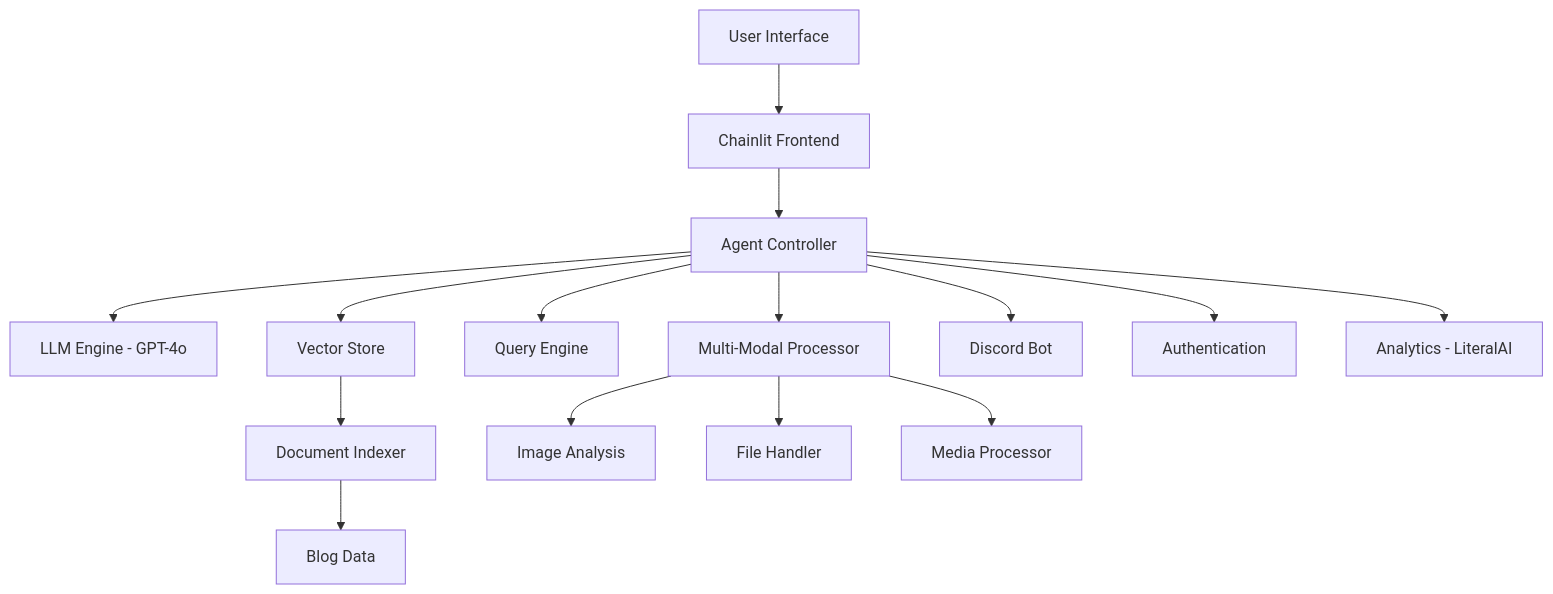
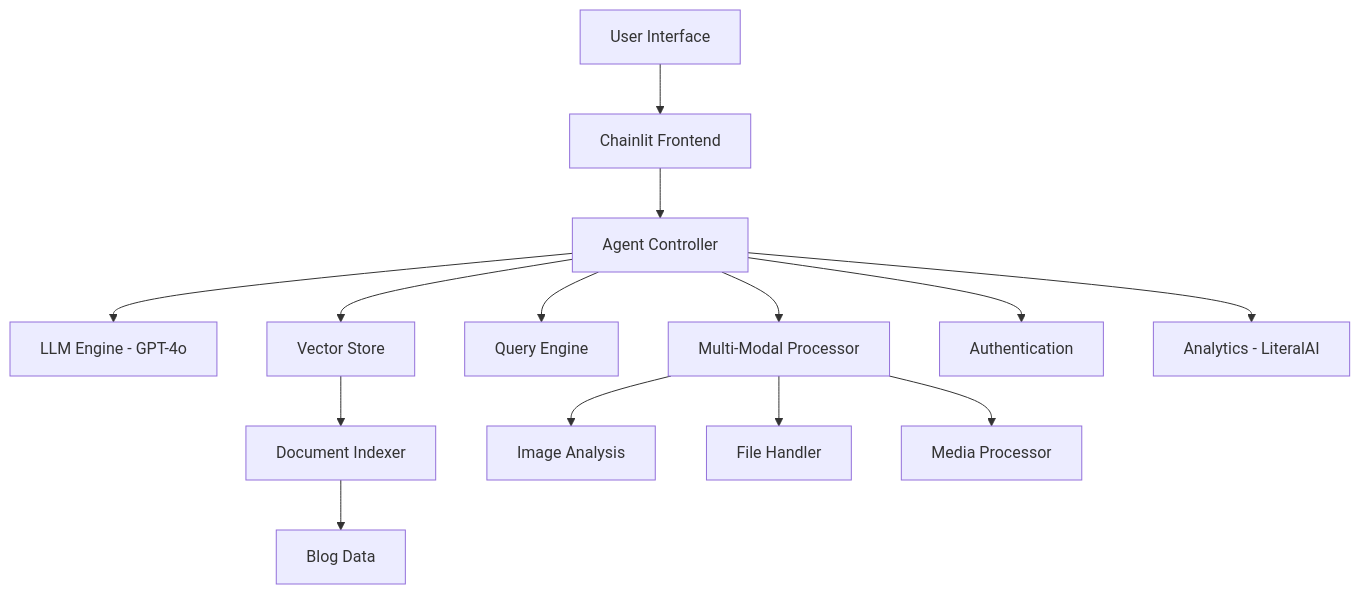
One commit to DudeNation/chatbot-ML-security changed the diagram in README.md. Above: the diagram before and after it, drawn with Mermaid. The commit also changed other lines of this file and 4 other files, not shown here.

````diff
--- a/README.md
+++ b/README.md
@@ -270,17 +253,16 @@
 ```mermaid
 graph TB
     A[User Interface] --> B[Chainlit Frontend]
     B --> C[Agent Controller]
     C --> D[LLM Engine - GPT-4o]
     C --> E[Vector Store]
     C --> F[Query Engine]
     E --> G[Document Indexer]
     G --> H[Blog Data]
     C --> I[Multi-Modal Processor]
     I --> J[Image Analysis]
     I --> K[File Handler]
     I --> L[Media Processor]
-    C --> M[Discord Bot]
     C --> N[Authentication]
     C --> O[Analytics - LiteralAI]
 ```
````
